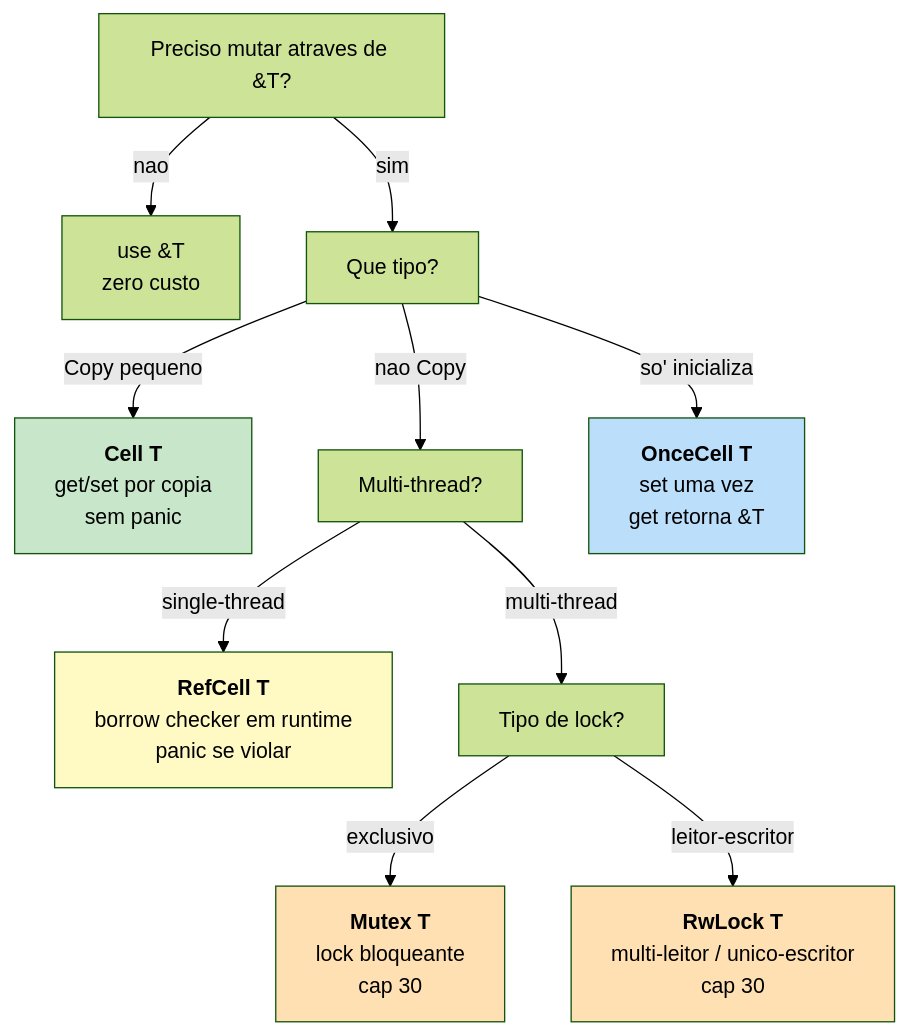
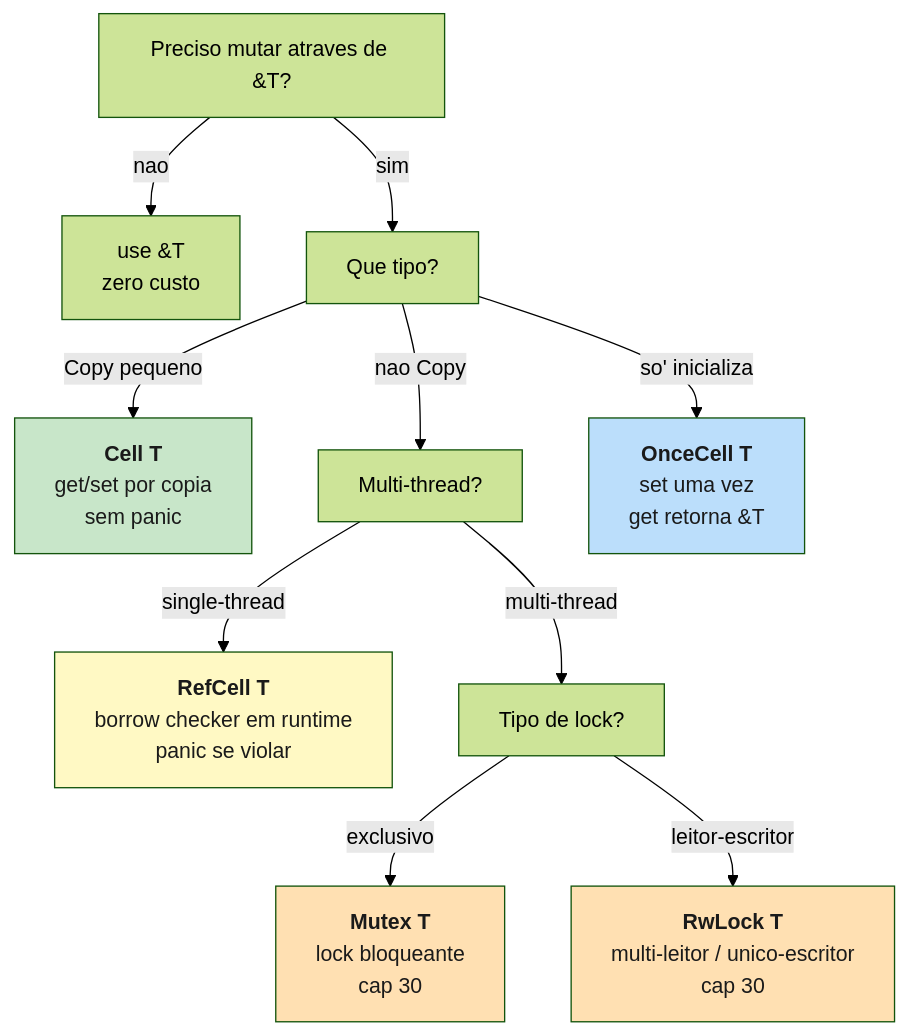
The second of 2 diagrams in book/part-10-smart-pointers/ch29-mutabilidade-interior.md (Felipeness/ferro-e-espirito), drawn with Mermaid (forest theme) before and after one commit. The commit also changed other lines of this file and 56 other files, not shown here.

First line of the commit message:
fix: contraste de texto em diagramas mermaid

````diff
--- a/book/part-10-smart-pointers/ch29-mutabilidade-interior.md
+++ b/book/part-10-smart-pointers/ch29-mutabilidade-interior.md
@@ -372,23 +372,23 @@
 ```mermaid
 graph TB
     Root["Preciso mutar atraves de &T?"]
 
     Root -->|"nao"| RefT["use &T<br/>zero custo"]
     Root -->|"sim"| Tipo["Que tipo?"]
 
     Tipo -->|"Copy pequeno"| Cell["<b>Cell T</b><br/>get/set por copia<br/>sem panic"]
     Tipo -->|"nao Copy"| Big["Multi-thread?"]
     Tipo -->|"so' inicializa"| Once["<b>OnceCell T</b><br/>set uma vez<br/>get retorna &T"]
 
     Big -->|"single-thread"| Refcell["<b>RefCell T</b><br/>borrow checker em runtime<br/>panic se violar"]
     Big -->|"multi-thread"| Lock["Tipo de lock?"]
 
     Lock -->|"exclusivo"| Mutex["<b>Mutex T</b><br/>lock bloqueante<br/>cap 30"]
     Lock -->|"leitor-escritor"| RwLock["<b>RwLock T</b><br/>multi-leitor / unico-escritor<br/>cap 30"]
 
-    style Cell fill:#c8e6c9
-    style Refcell fill:#fff9c4
-    style Once fill:#bbdefb
-    style Mutex fill:#ffe0b2
-    style RwLock fill:#ffe0b2
+    style Cell fill:#c8e6c9,color:#1a1a1a
+    style Refcell fill:#fff9c4,color:#1a1a1a
+    style Once fill:#bbdefb,color:#1a1a1a
+    style Mutex fill:#ffe0b2,color:#1a1a1a
+    style RwLock fill:#ffe0b2,color:#1a1a1a
 ```
````
